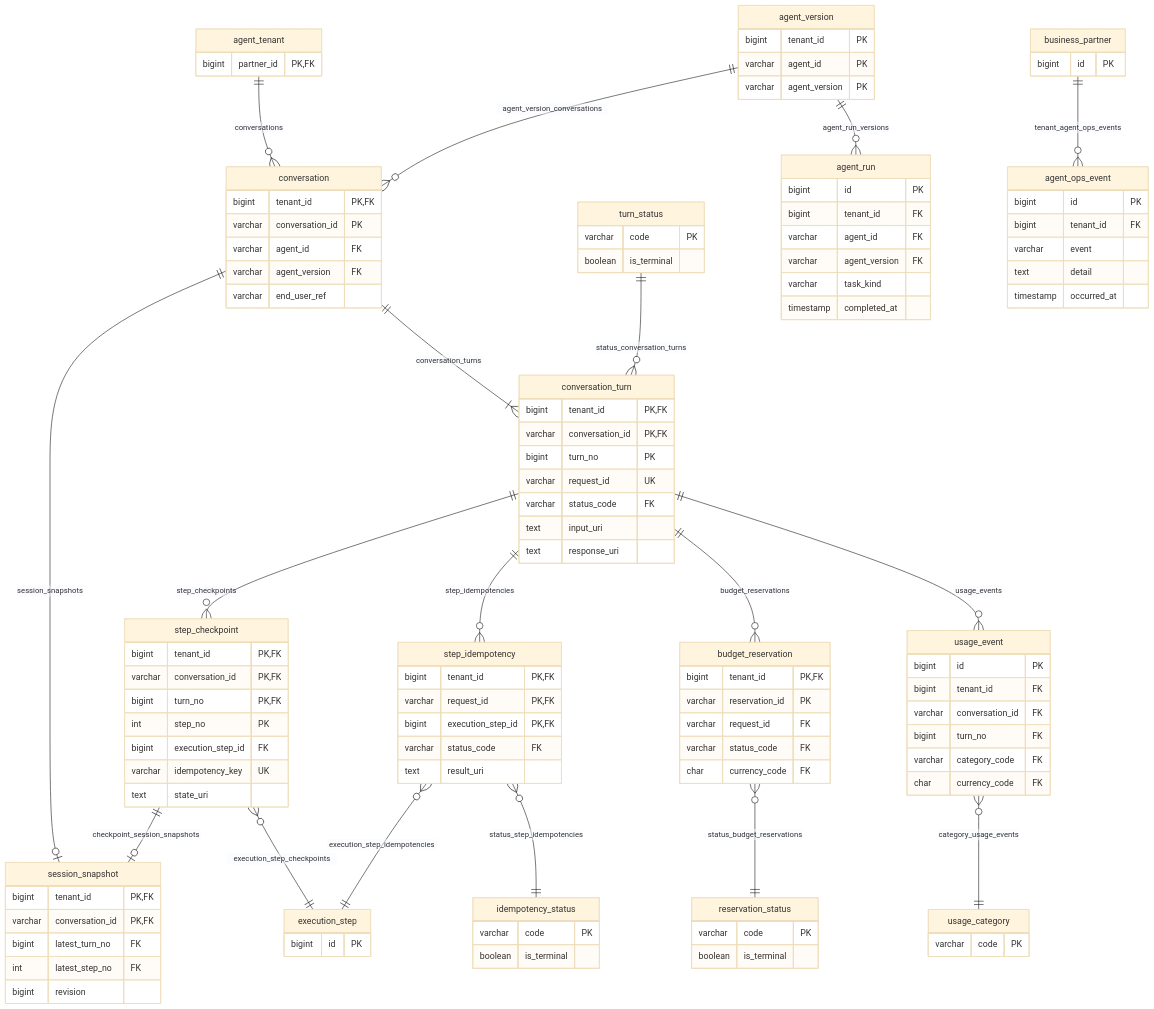
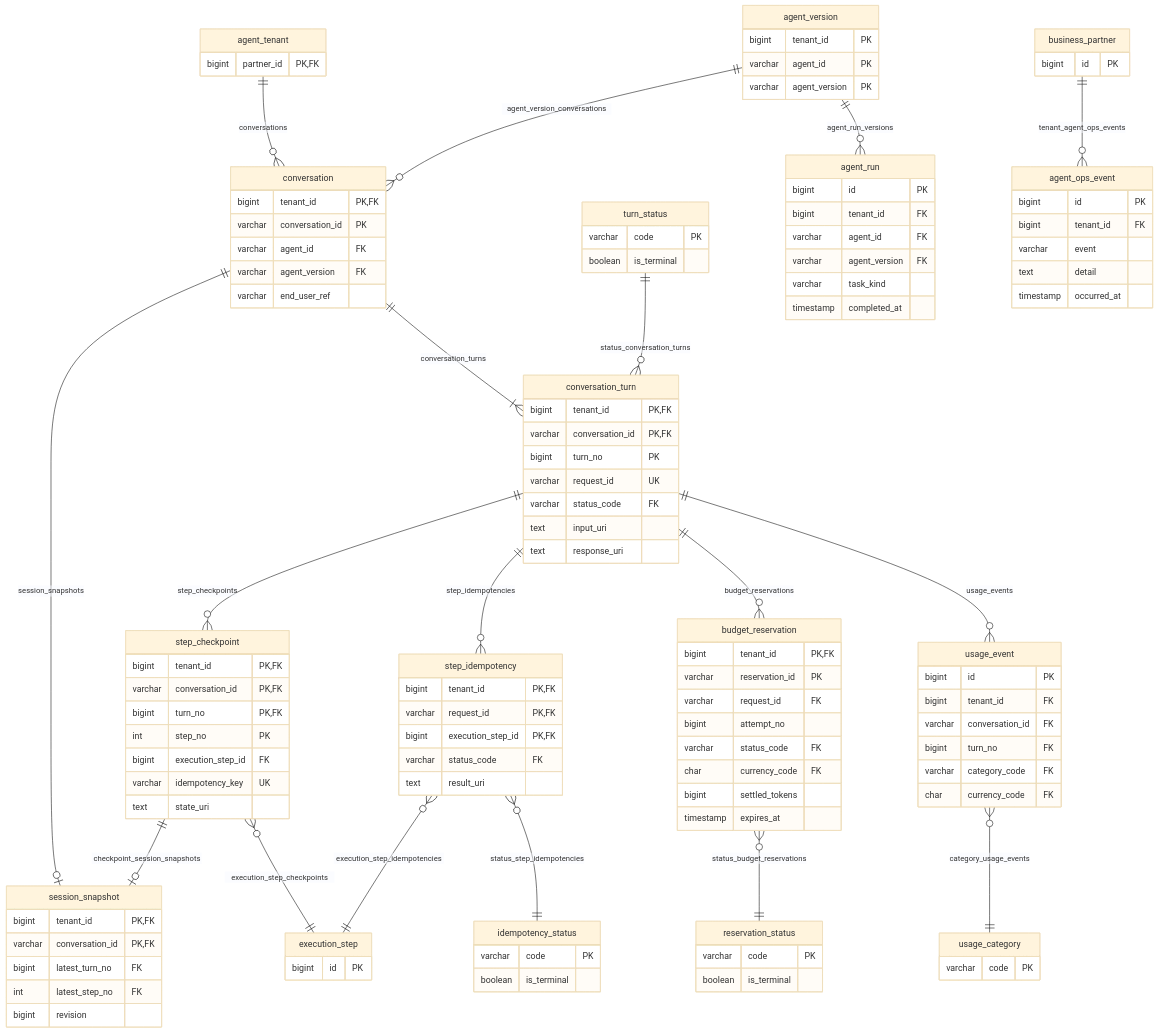
The fifth of 6 diagrams in DATABASE.md (nauticana/scout), drawn with Mermaid (base theme) before and after one commit. The commit also changed other lines of this file and 56 other files, not shown here.

```diff
--- a/DATABASE.md
+++ b/DATABASE.md
@@ -419,8 +419,11 @@
         bigint tenant_id PK,FK
         varchar reservation_id PK
         varchar request_id FK
+        bigint attempt_no
         varchar status_code FK
         char currency_code FK
+        bigint settled_tokens
+        timestamp expires_at
     }
     reservation_status {
         varchar code PK
```
